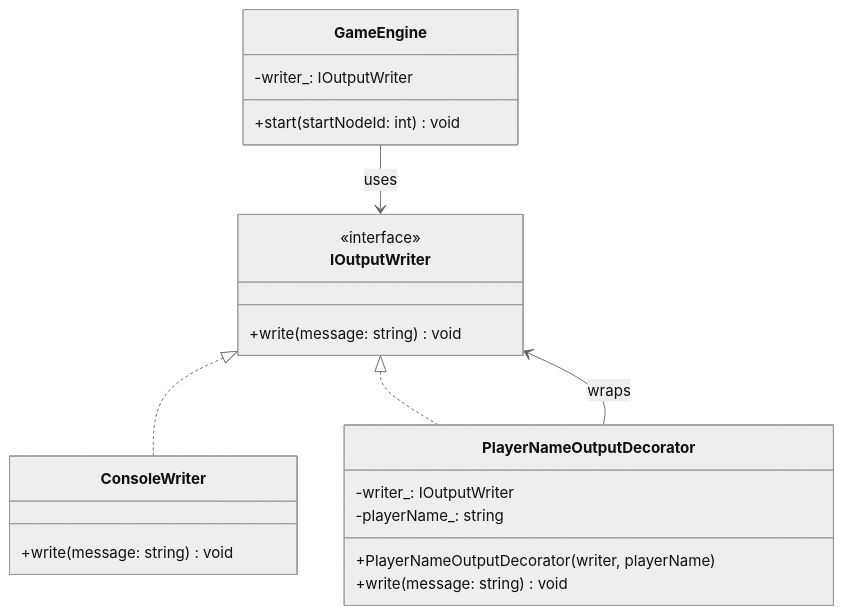
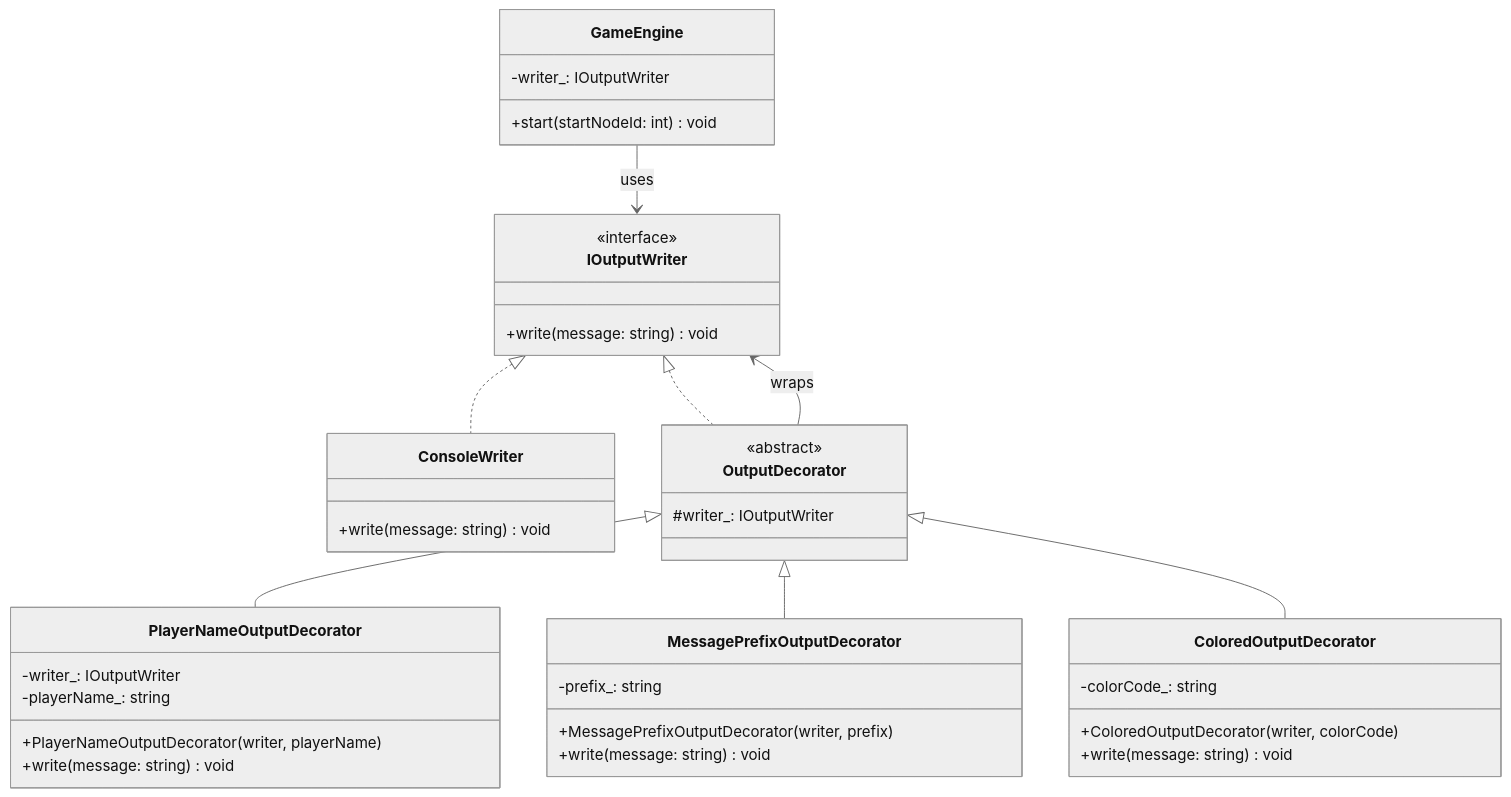
Before and after one commit to ValeriaPostica/TMPS: the first of 7 diagrams in lab2/REPORT.md, drawn with Mermaid (neutral theme). The commit also changed other lines of this file and 19 other files, not shown here.

````diff
--- a/lab2/REPORT.md
+++ b/lab2/REPORT.md
@@ -332,28 +400,48 @@
 ```mermaid
 classDiagram
     class IOutputWriter {
         <<interface>>
         +write(message: string) void
     }
 
     class ConsoleWriter {
         +write(message: string) void
     }
 
+    class OutputDecorator {
+        <<abstract>>
+        #writer_: IOutputWriter
+    }
+
     class PlayerNameOutputDecorator {
         -writer_: IOutputWriter
         -playerName_: string
         +PlayerNameOutputDecorator(writer, playerName)
+        +write(message: string) void
+    }
+
+    class MessagePrefixOutputDecorator {
+        -prefix_: string
+        +MessagePrefixOutputDecorator(writer, prefix)
+        +write(message: string) void
+    }
+
+    class ColoredOutputDecorator {
+        -colorCode_: string
+        +ColoredOutputDecorator(writer, colorCode)
         +write(message: string) void
     }
 
     class GameEngine {
         -writer_: IOutputWriter
         +start(startNodeId: int) void
     }
 
     IOutputWriter <|.. ConsoleWriter
-    IOutputWriter <|.. PlayerNameOutputDecorator
-    PlayerNameOutputDecorator --> IOutputWriter : wraps
+    OutputDecorator <|-- PlayerNameOutputDecorator
+    OutputDecorator <|-- MessagePrefixOutputDecorator
+    OutputDecorator <|-- ColoredOutputDecorator
+    IOutputWriter <|.. OutputDecorator
+    OutputDecorator --> IOutputWriter : wraps
     GameEngine --> IOutputWriter : uses
 ```
````
